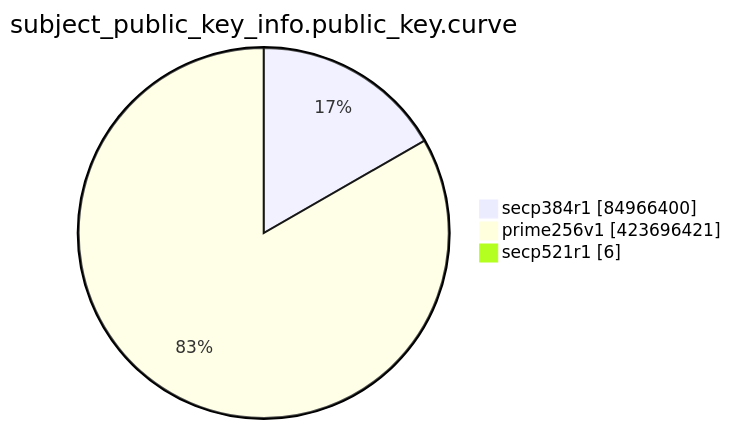
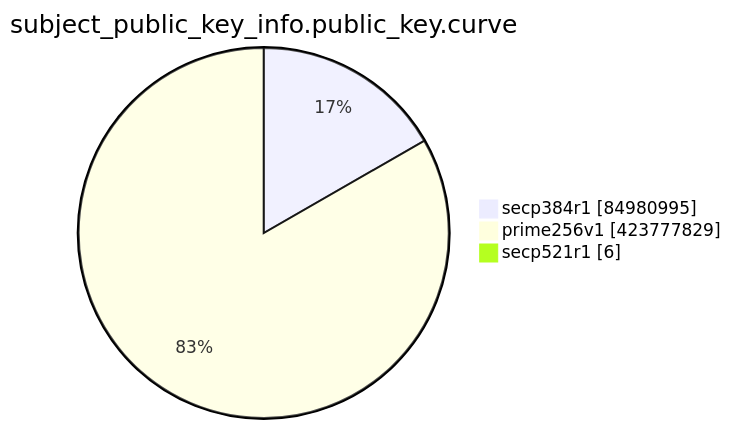
The eighth of 15 diagrams in TOTAL/README.md (christiankrug/ctmonitor_visualization), drawn with Mermaid before and after one commit. The commit also changed other lines of this file, not shown here.

````diff
--- a/TOTAL/README.md
+++ b/TOTAL/README.md
@@ -3099,7 +3099,7 @@
 ```mermaid
 pie showData
 title subject_public_key_info.public_key.curve
-"secp384r1" :84966400
-"prime256v1" :423696421
+"secp384r1" :84980995
+"prime256v1" :423777829
 "secp521r1" :6
 ```
````
